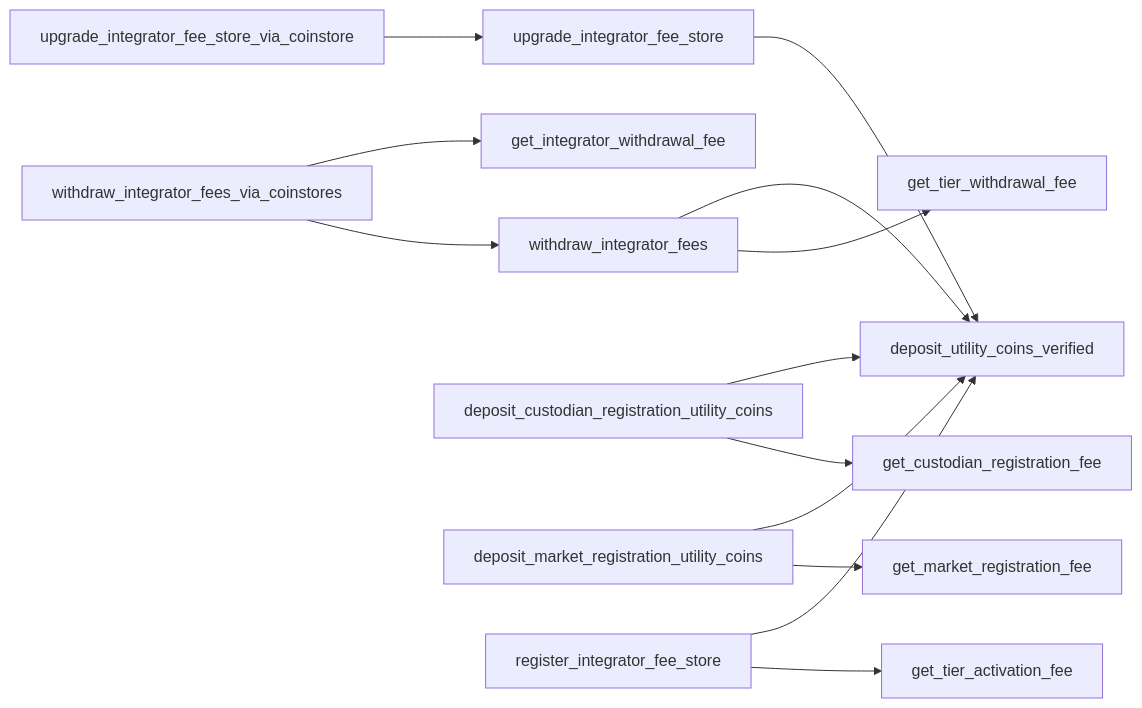
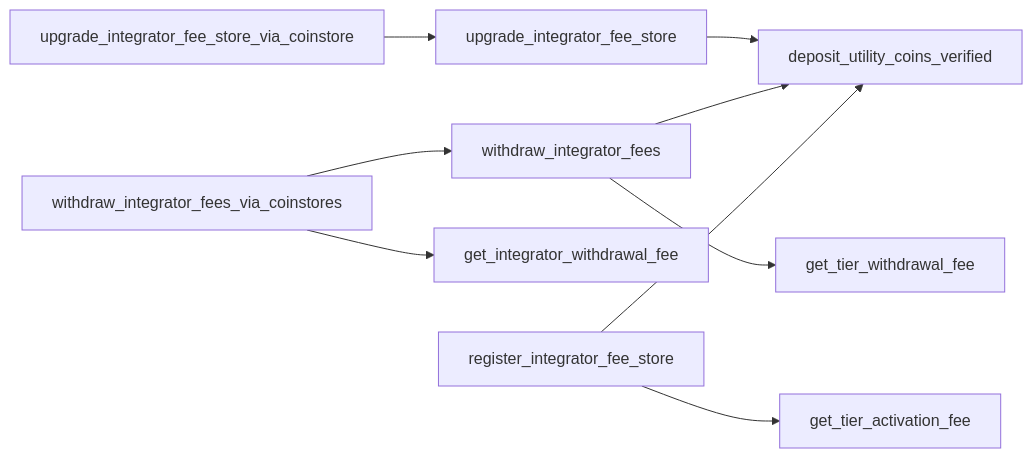
The sixth of 7 diagrams in doc/diagrams/src/modules/incentives.md (econia-labs/econia), drawn with Mermaid before and after one commit. The commit also changed other lines of this file and 3 other files, not shown here.

Commit message:
Add underwriter registration deposit func, test

````diff
--- a/doc/diagrams/src/modules/incentives.md
+++ b/doc/diagrams/src/modules/incentives.md
@@ -83,18 +99,14 @@
 ```mermaid
 
 flowchart LR
 
 upgrade_integrator_fee_store --> deposit_utility_coins_verified
 withdraw_integrator_fees --> deposit_utility_coins_verified
 withdraw_integrator_fees --> get_tier_withdrawal_fee
 upgrade_integrator_fee_store_via_coinstore --> upgrade_integrator_fee_store
 withdraw_integrator_fees_via_coinstores --> get_integrator_withdrawal_fee
 withdraw_integrator_fees_via_coinstores --> withdraw_integrator_fees
-deposit_custodian_registration_utility_coins --> deposit_utility_coins_verified
-deposit_custodian_registration_utility_coins --> get_custodian_registration_fee
-deposit_market_registration_utility_coins --> deposit_utility_coins_verified
-deposit_market_registration_utility_coins --> get_market_registration_fee
 register_integrator_fee_store --> deposit_utility_coins_verified
 register_integrator_fee_store --> get_tier_activation_fee
 
 ```
````
